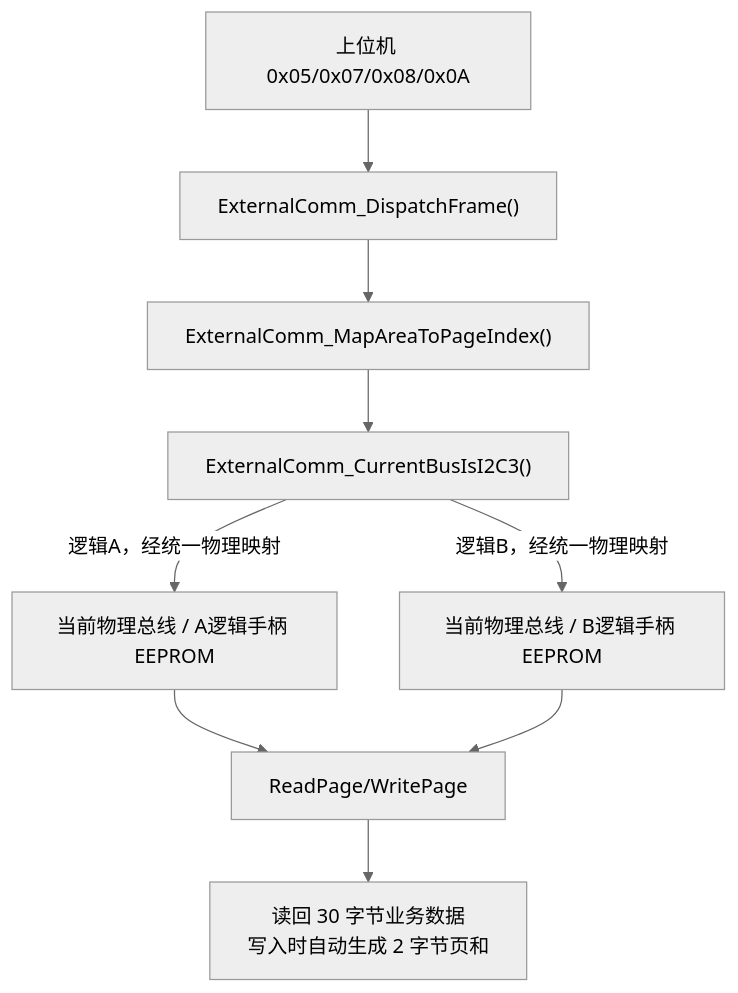
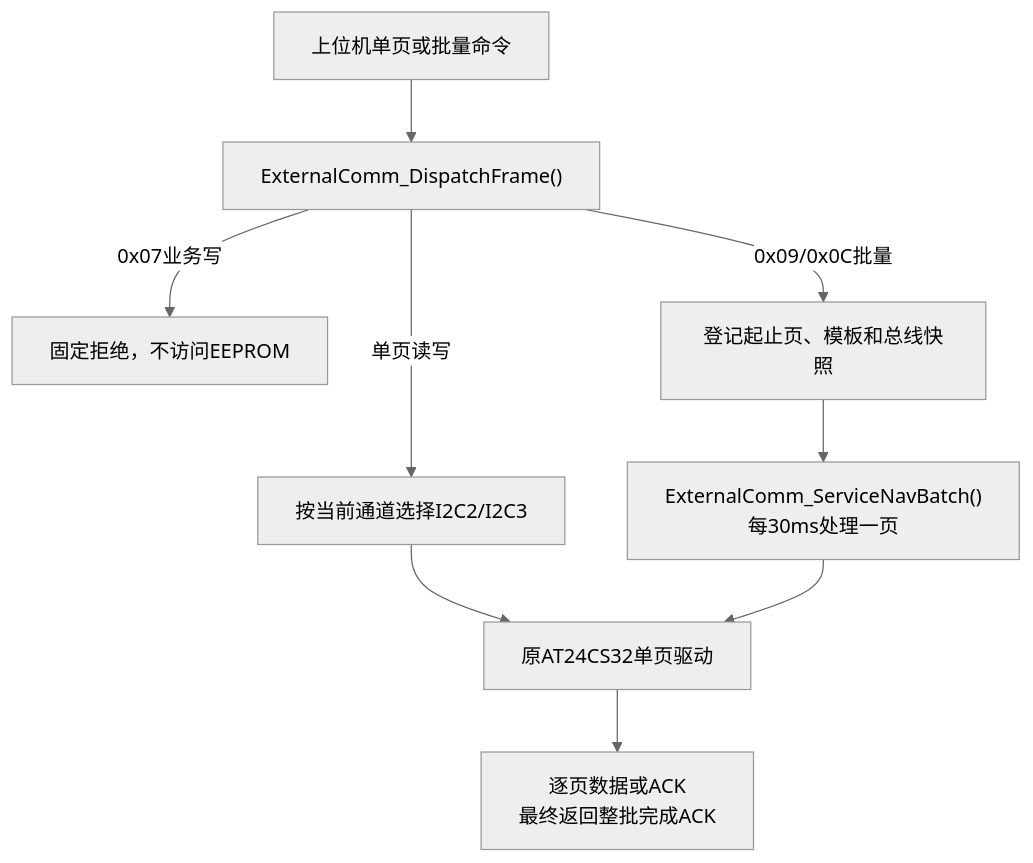
The seventh of 14 diagrams in docs/软件说明手册.md (HW9711/EH-main), drawn with Mermaid (neutral theme) before and after one commit. The commit also changed other lines of this file and 5 other files, not shown here.

````diff
--- a/docs/软件说明手册.md
+++ b/docs/软件说明手册.md
@@ -1034,11 +1056,11 @@
 ```mermaid
 flowchart TD
-    H["上位机 0x05/0x07/0x08/0x0A"] --> P["ExternalComm_DispatchFrame()"]
-    P --> M["ExternalComm_MapAreaToPageIndex()"]
-    M --> C["ExternalComm_CurrentBusIsI2C3()"]
-    C -->|逻辑A，经统一物理映射| A["当前物理总线 / A逻辑手柄 EEPROM"]
-    C -->|逻辑B，经统一物理映射| B["当前物理总线 / B逻辑手柄 EEPROM"]
-    A --> R["ReadPage/WritePage"]
-    B --> R
-    R --> S["读回 30 字节业务数据\n写入时自动生成 2 字节页和"]
+    H["上位机单页或批量命令"] --> P["ExternalComm_DispatchFrame()"]
+    P -->|0x07业务写| X["固定拒绝，不访问EEPROM"]
+    P -->|单页读写| C["按当前通道选择I2C2/I2C3"]
+    P -->|0x09/0x0C批量| B["登记起止页、模板和总线快照"]
+    B --> T["ExternalComm_ServiceNavBatch()\n每30ms处理一页"]
+    C --> R["原AT24CS32单页驱动"]
+    T --> R
+    R --> S["逐页数据或ACK\n最终返回整批完成ACK"]
 ```
````
